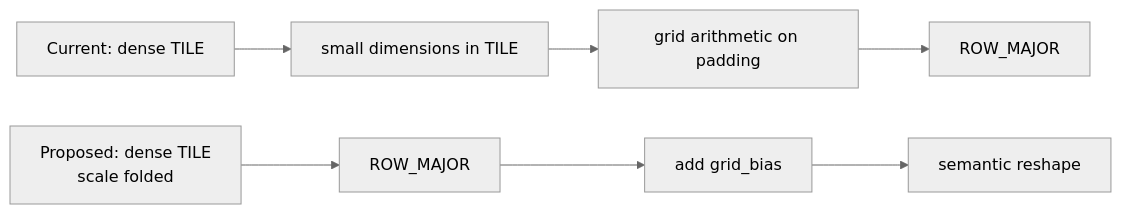
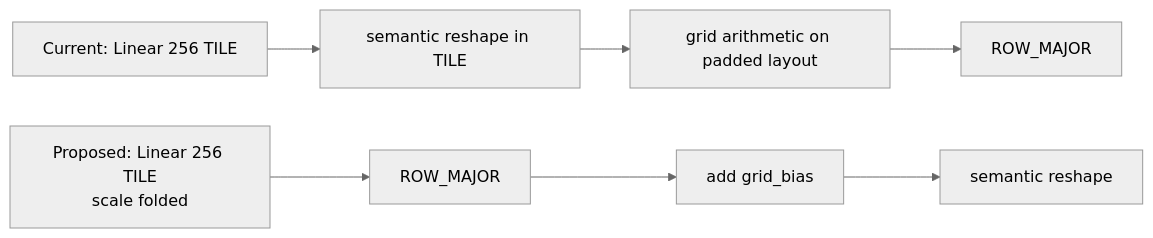
Before and after one commit to tenstorrent/tt-metal: the diagram in models/experimental/bevformer/docs/github/03.02-sampling-grid-row-major.md, drawn with Mermaid (neutral theme). The commit also changed other lines of this file and 2 other files, not shown here.

````diff
--- a/models/experimental/bevformer/docs/github/03.02-sampling-grid-row-major.md
+++ b/models/experimental/bevformer/docs/github/03.02-sampling-grid-row-major.md
@@ -38,5 +47,5 @@
 ```mermaid
 flowchart LR
-    C1["Current: dense TILE"] --> C2["small dimensions in TILE"] --> C3["grid arithmetic on padding"] --> C4["ROW_MAJOR"]
-    P1["Proposed: dense TILE<br/>scale folded"] --> P2["ROW_MAJOR"] --> P3["add grid_bias"] --> P4["semantic reshape"]
+    C1["Current: Linear 256 TILE"] --> C2["semantic reshape in TILE"] --> C3["grid arithmetic on padded layout"] --> C4["ROW_MAJOR"]
+    P1["Proposed: Linear 256 TILE<br/>scale folded"] --> P2["ROW_MAJOR"] --> P3["add grid_bias"] --> P4["semantic reshape"]
 ```
````
